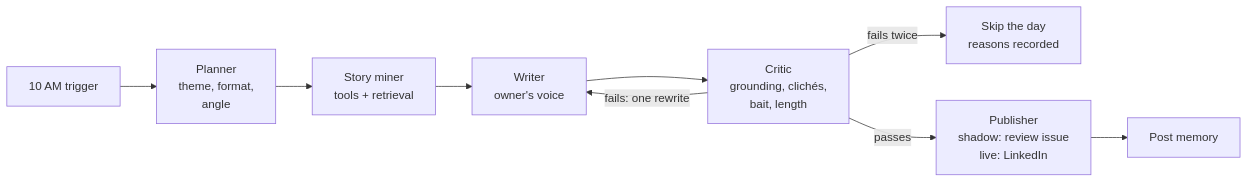
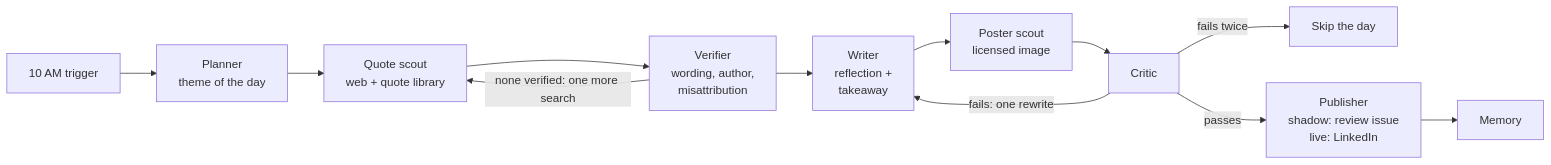
The diagram in docs/motivation-agent.md (TechNaom/agentic-content-engine-design), drawn with Mermaid before and after one commit. The commit also changed other lines of this file, not shown here.

Commit message:
docs(motivation-agent): v2: verified web quotes + licensed posters; A/B/C study; Groq first

````diff
--- a/docs/motivation-agent.md
+++ b/docs/motivation-agent.md
@@ -29,11 +33,14 @@
 ```mermaid
 flowchart LR
-    T["10 AM trigger"] --> PL["Planner<br/>theme, format,<br/>angle"]
-    PL --> SM["Story miner<br/>tools + retrieval"]
-    SM --> WR["Writer<br/>owner's voice"]
-    WR --> CR["Critic<br/>grounding, clichés,<br/>bait, length"]
+    T["10 AM trigger"] --> PL["Planner<br/>theme of the day"]
+    PL --> QS["Quote scout<br/>web + quote library"]
+    QS --> VF["Verifier<br/>wording, author,<br/>misattribution"]
+    VF -- "none verified: one more search" --> QS
+    VF --> WR["Writer<br/>reflection +<br/>takeaway"]
+    WR --> PS["Poster scout<br/>licensed image"]
+    PS --> CR["Critic"]
     CR -- "fails: one rewrite" --> WR
-    CR -- "fails twice" --> SK["Skip the day<br/>reasons recorded"]
+    CR -- "fails twice" --> SK["Skip the day"]
     CR -- "passes" --> PB["Publisher<br/>shadow: review issue<br/>live: LinkedIn"]
-    PB --> MEM["Post memory"]
+    PB --> MEM["Memory"]
 ```
````
